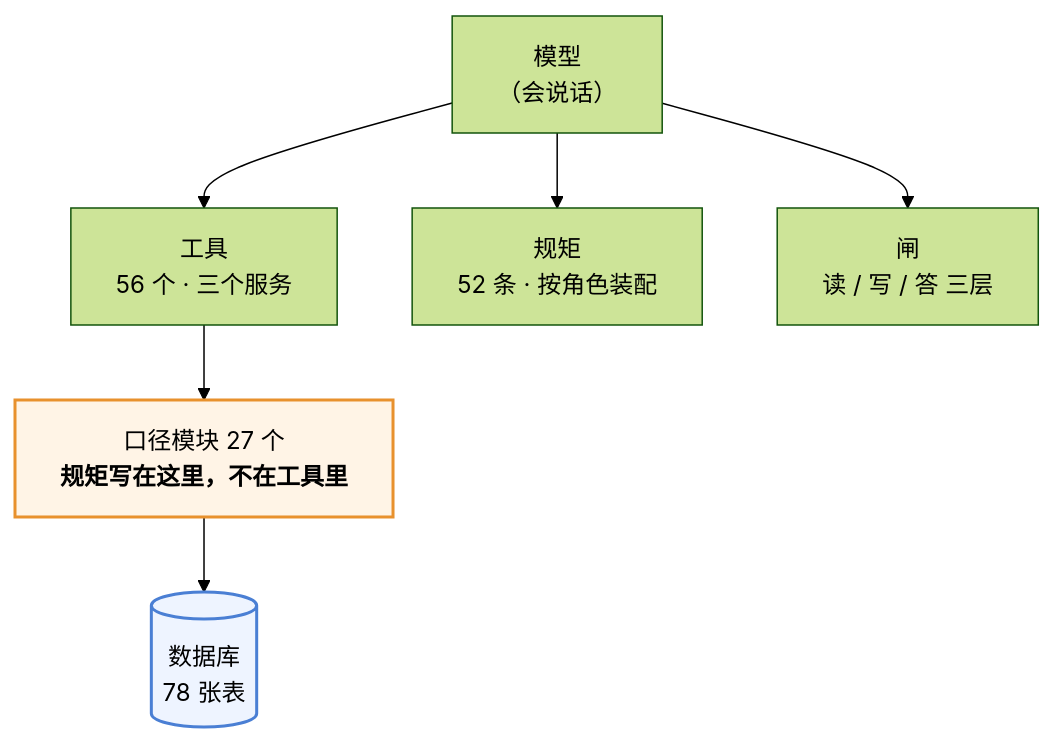
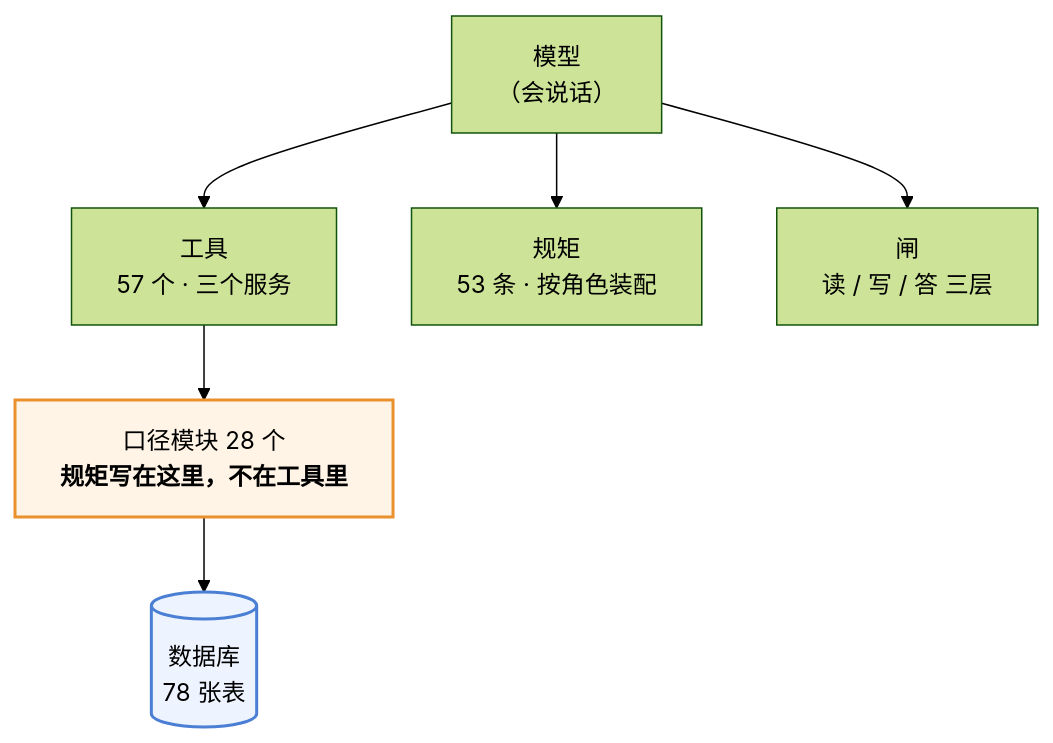
Before and after one commit to 843773296-rgb/lanxiu-yunshang-agent: the first of 3 diagrams in 澜绣云裳agent-产品说明.md, drawn with Mermaid (forest theme). The commit also changed other lines of this file and 16 other files, not shown here.

````diff
--- a/澜绣云裳agent-产品说明.md
+++ b/澜绣云裳agent-产品说明.md
@@ -62,12 +62,12 @@
 ```mermaid
 flowchart TD
     M["模型<br/>（会说话）"]
-    M --> T["工具<br/>56 个 · 三个服务"]
-    M --> R["规矩<br/>52 条 · 按角色装配"]
+    M --> T["工具<br/>57 个 · 三个服务"]
+    M --> R["规矩<br/>53 条 · 按角色装配"]
     M --> G["闸<br/>读 / 写 / 答 三层"]
-    T --> K["口径模块 27 个<br/><b>规矩写在这里，不在工具里</b>"]
+    T --> K["口径模块 28 个<br/><b>规矩写在这里，不在工具里</b>"]
     K --> DB[("数据库<br/>78 张表")]
 
     style K fill:#fff4e6,stroke:#e8912d,stroke-width:2px
     style DB fill:#eef4ff,stroke:#4a7fd4,stroke-width:2px
 ```
````
